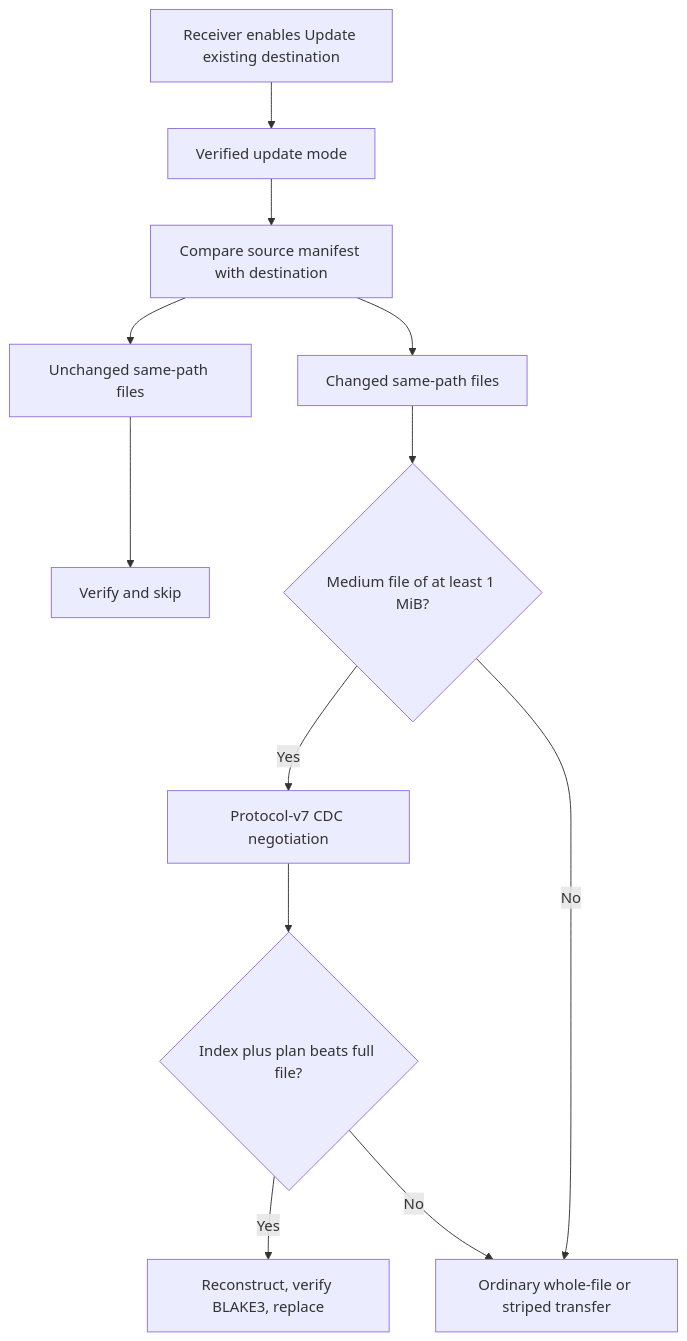
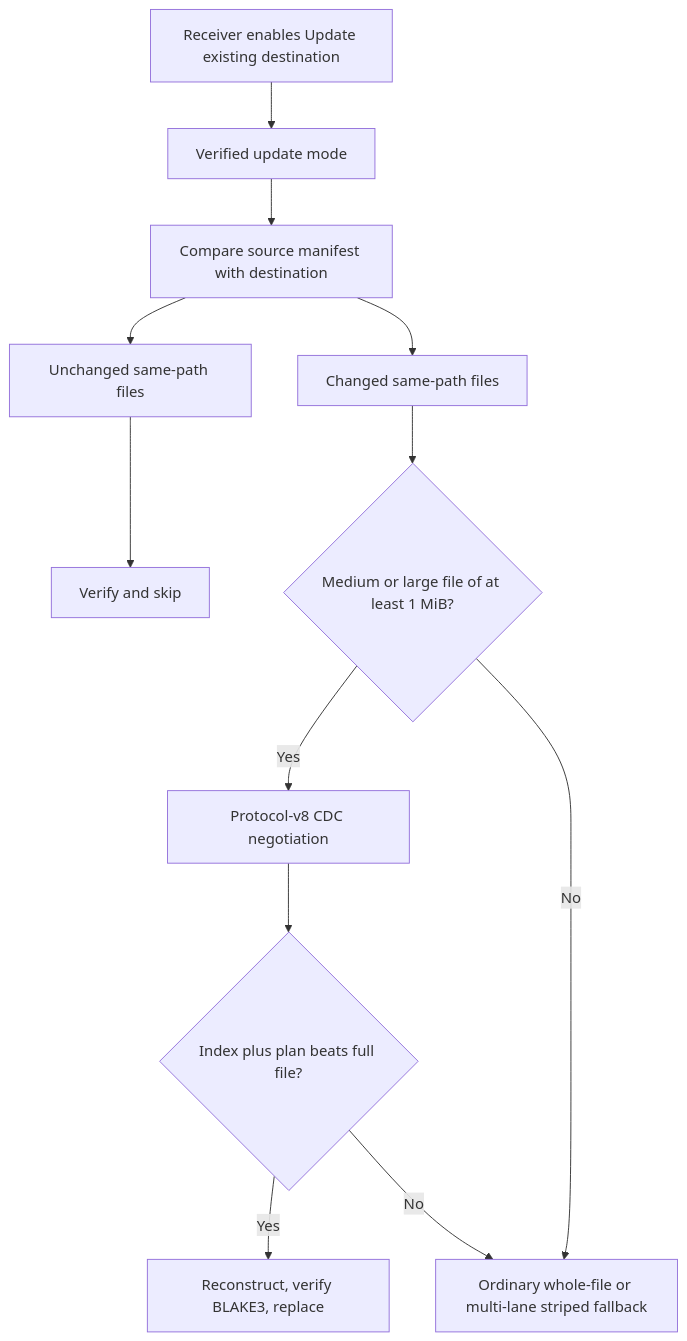
The fifth of 7 diagrams in README.md (Nemeth-Tamas/networkcopy-speed), drawn with Mermaid before and after one commit. The commit also changed other lines of this file and 3 other files, not shown here.

````diff
--- a/README.md
+++ b/README.md
@@ -292,26 +298,26 @@
 ```mermaid
 flowchart TD
     G["Receiver enables Update existing destination"]
     U["Verified update mode"]
     I["Compare source manifest with destination"]
     S["Unchanged same-path files"]
     C["Changed same-path files"]
     K["Verify and skip"]
-    M{"Medium file of at least 1 MiB?"}
-    D["Protocol-v7 CDC negotiation"]
+    M{"Medium or large file of at least 1 MiB?"}
+    D["Protocol-v8 CDC negotiation"]
     P{"Index plus plan beats full file?"}
     R["Reconstruct, verify BLAKE3, replace"]
-    F["Ordinary whole-file or striped transfer"]
+    F["Ordinary whole-file or multi-lane striped fallback"]
 
     G --> U
     U --> I
     I --> S
     I --> C
     S --> K
     C --> M
     M -->|Yes| D
     M -->|No| F
     D --> P
     P -->|Yes| R
     P -->|No| F
 ```
````
